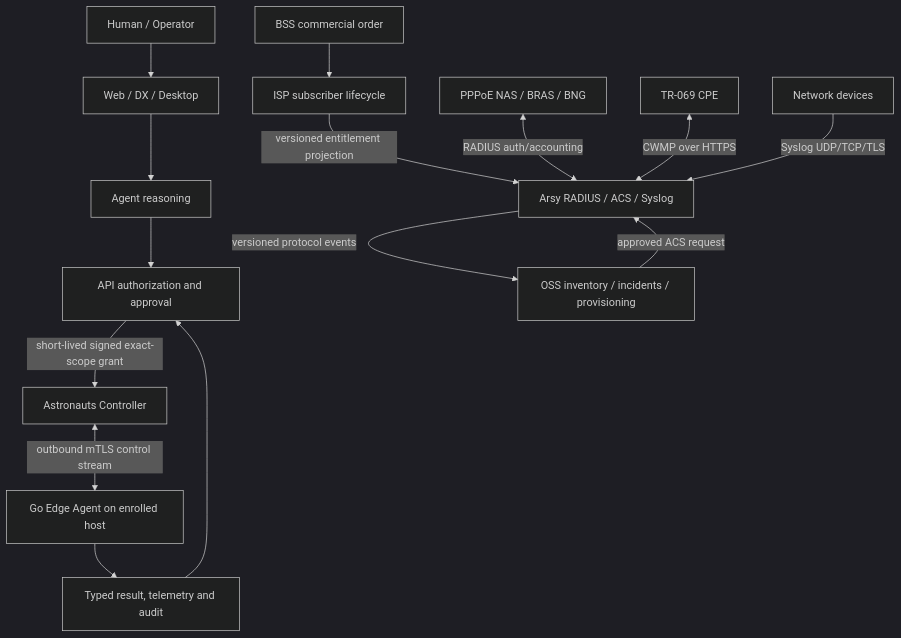
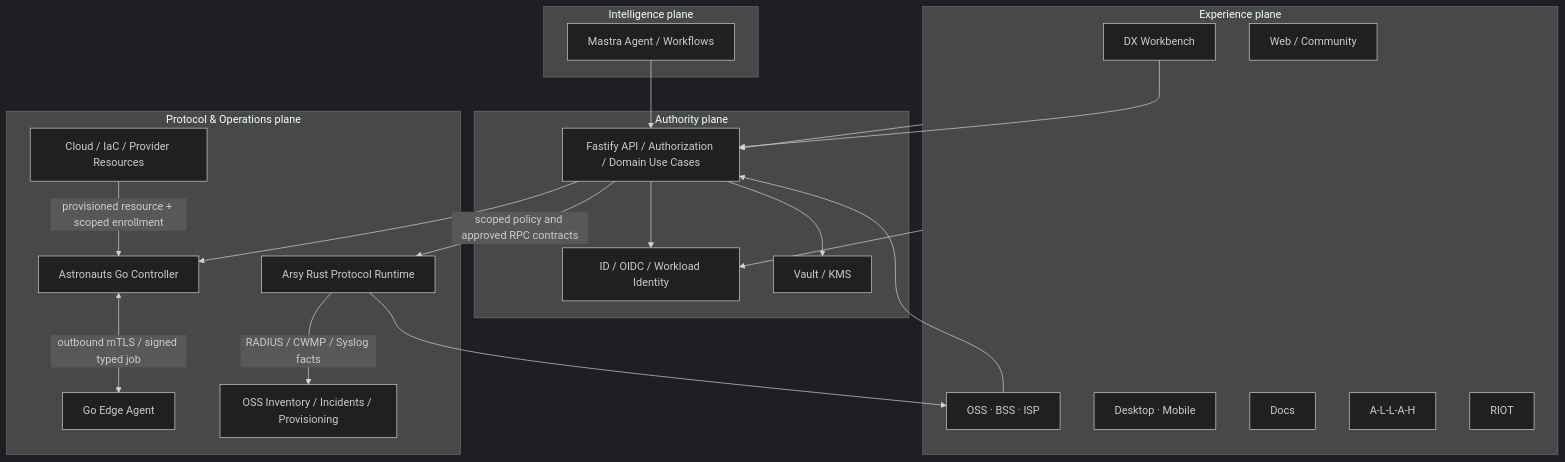
Before and after one commit to mileyaffarizi-source/moonwitness: the diagram in docs/architecture/dependency-graph.md, drawn with Mermaid (dark theme). The commit also changed other lines of this file, not shown here.

Commit message:
docs(architecture): distinguish observed and target dependency graphs

````diff
--- a/docs/architecture/dependency-graph.md
+++ b/docs/architecture/dependency-graph.md
@@ -62,18 +17,40 @@
-```mermaid
-flowchart TD
-  HUMAN[Human / Operator] --> SURFACE[Web / DX / Desktop]
-  SURFACE --> AGENT[Agent reasoning]
-  AGENT --> API[API authorization and approval]
-  API -->|short-lived signed exact-scope grant| AST[Astronauts Controller]
-  AST <-->|outbound mTLS control stream| EDGE[Go Edge Agent on enrolled host]
-  EDGE --> RESULT[Typed result, telemetry and audit]
-  RESULT --> API
-
-  BSS[BSS commercial order] --> ISP[ISP subscriber lifecycle]
-  ISP -->|versioned entitlement projection| ARSY[Arsy RADIUS / ACS / Syslog]
-  NAS[PPPoE NAS / BRAS / BNG] <-->|RADIUS auth/accounting| ARSY
-  CPE[TR-069 CPE] <-->|CWMP over HTTPS| ARSY
-  DEVICE[Network devices] -->|Syslog UDP/TCP/TLS| ARSY
-  ARSY -->|versioned protocol events| OSS[OSS inventory / incidents / provisioning]
-  OSS -->|approved ACS request| ARSY
-```
+~~~mermaid
+flowchart TB
+  subgraph EXPERIENCE[Experience plane]
+    WEB[Web / Community]
+    CLIENTS[OSS · BSS · ISP]
+    DESKTOP[Desktop · Mobile]
+    DOCS[Docs]
+    DX[DX Workbench]
+    KNOWLEDGE[A-L-L-A-H]
+    RIOT[RIOT]
+  end
+  subgraph INTELLIGENCE[Intelligence plane]
+    AGENT[Mastra Agent / Workflows]
+  end
+  subgraph AUTHORITY[Authority plane]
+    ID[ID / OIDC / Workload Identity]
+    API[Fastify API / Authorization / Domain Use Cases]
+    VAULT[Vault / KMS]
+  end
+  subgraph OPERATIONS[Protocol & Operations plane]
+    CLOUD[Cloud / IaC / Provider Resources]
+    AST[Astronauts Go Controller]
+    EDGE[Go Edge Agent]
+    ARSY[Arsy Rust Protocol Runtime]
+    OSSOPS[OSS Inventory / Incidents / Provisioning]
+  end
+  EXPERIENCE --> API
+  EXPERIENCE --> ID
+  AGENT --> API
+  DX --> API
+  API --> ID
+  API --> VAULT
+  API --> AST
+  AST <-->|outbound mTLS / signed typed job| EDGE
+  CLOUD -->|provisioned resource + scoped enrollment| AST
+  API -->|scoped policy and approved RPC contracts| ARSY
+  ARSY -->|RADIUS / CWMP / Syslog facts| OSSOPS
+  ARSY --> CLIENTS
+  CLIENTS --> API
+~~~
````
